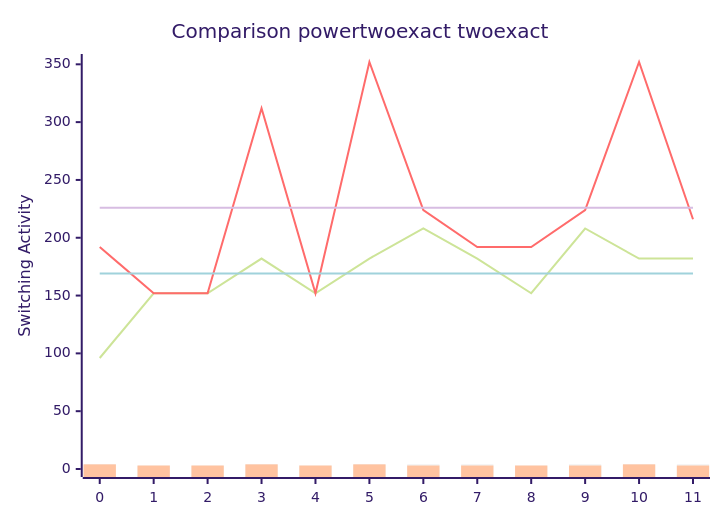
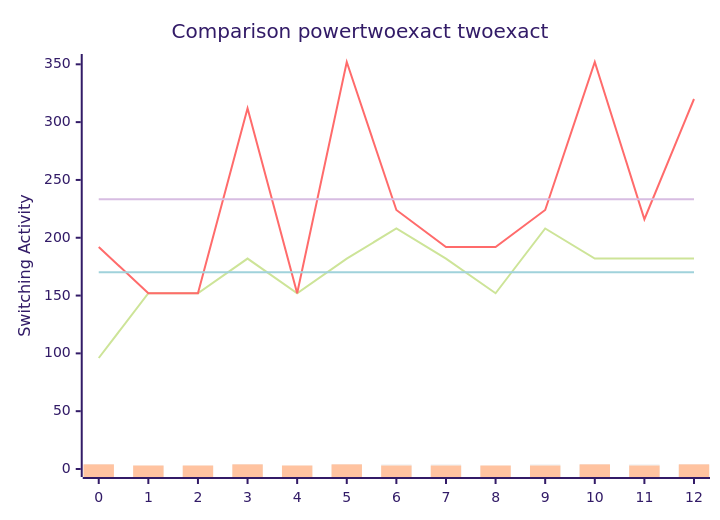
One commit to FeldmeierMichael/Exact-Power-Synthesis changed the diagram in benchmark.md. Above: the diagram before and after it, drawn with Mermaid (forest theme). The commit also changed other lines of this file and 2 other files, not shown here.

````diff
--- a/benchmark.md
+++ b/benchmark.md
@@ -25,12 +27,12 @@
 ```mermaid
 xychart-beta
     title "Comparison powertwoexact twoexact"
-    x-axis [0, 1, 2, 3, 4, 5, 6, 7, 8, 9, 10, 11]
+    x-axis [0, 1, 2, 3, 4, 5, 6, 7, 8, 9, 10, 11, 12]
     y-axis "Switching Activity" 0-->352
-    line [96, 152, 152, 182, 152, 182, 208, 182, 152, 208, 182, 182]
-    line [192, 152, 152, 312, 152, 352, 224, 192, 192, 224, 352, 216]
-    line [169.16666666666666, 169.16666666666666, 169.16666666666666, 169.16666666666666, 169.16666666666666, 169.16666666666666, 169.16666666666666, 169.16666666666666, 169.16666666666666, 169.16666666666666, 169.16666666666666, 169.16666666666666]
-    line [226.0, 226.0, 226.0, 226.0, 226.0, 226.0, 226.0, 226.0, 226.0, 226.0, 226.0, 226.0]
-    bar [4, 3, 3, 4, 3, 4, 4, 4, 3, 4, 4, 4, 4, 3, 3, 4, 3, 4, 4, 4, 3, 4, 4, 4, 4, 3, 3, 4, 3, 4, 4, 4, 3, 4, 4, 4, 4, 3, 3, 4, 3, 4, 4, 4, 3, 4, 4, 4, 4, 3, 3, 4, 3, 4, 4, 4, 3, 4, 4, 4, 4, 3, 3, 4, 3, 4, 4, 4, 3, 4, 4, 4, 4, 3, 3, 4, 3, 4, 4, 4, 3, 4, 4, 4, 4, 3, 3, 4, 3, 4, 4, 4, 3, 4, 4, 4, 4, 3, 3, 4, 3, 4, 4, 4, 3, 4, 4, 4, 4, 3, 3, 4, 3, 4, 4, 4, 3, 4, 4, 4, 4, 3, 3, 4, 3, 4, 4, 4, 3, 4, 4, 4, 4, 3, 3, 4, 3, 4, 4, 4, 3, 4, 4, 4, 4, 3, 3, 4, 3, 4, 4, 4, 3, 4, 4, 4, 4, 3, 3, 4, 3, 4, 4, 4, 3, 4, 4, 4, 4, 3, 3, 4, 3, 4, 4, 4, 3, 4, 4, 4, 4, 3, 3, 4, 3, 4, 4, 4, 3, 4, 4, 4, 4, 3, 3, 4, 3, 4, 4, 4, 3, 4, 4, 4, 4, 3, 3, 4, 3, 4, 4, 4, 3, 4, 4, 4, 4, 3, 3, 4, 3, 4, 4, 4, 3, 4, 4, 4, 4, 3, 3, 4, 3, 4, 4, 4, 3, 4, 4, 4]
-    bar [4, 3, 3, 4, 3, 4, 3, 3, 3, 3, 4, 3, 4, 3, 3, 4, 3, 4, 3, 3, 3, 3, 4, 3, 4, 3, 3, 4, 3, 4, 3, 3, 3, 3, 4, 3, 4, 3, 3, 4, 3, 4, 3, 3, 3, 3, 4, 3, 4, 3, 3, 4, 3, 4, 3, 3, 3, 3, 4, 3, 4, 3, 3, 4, 3, 4, 3, 3, 3, 3, 4, 3, 4, 3, 3, 4, 3, 4, 3, 3, 3, 3, 4, 3, 4, 3, 3, 4, 3, 4, 3, 3, 3, 3, 4, 3, 4, 3, 3, 4, 3, 4, 3, 3, 3, 3, 4, 3, 4, 3, 3, 4, 3, 4, 3, 3, 3, 3, 4, 3, 4, 3, 3, 4, 3, 4, 3, 3, 3, 3, 4, 3, 4, 3, 3, 4, 3, 4, 3, 3, 3, 3, 4, 3, 4, 3, 3, 4, 3, 4, 3, 3, 3, 3, 4, 3, 4, 3, 3, 4, 3, 4, 3, 3, 3, 3, 4, 3, 4, 3, 3, 4, 3, 4, 3, 3, 3, 3, 4, 3, 4, 3, 3, 4, 3, 4, 3, 3, 3, 3, 4, 3, 4, 3, 3, 4, 3, 4, 3, 3, 3, 3, 4, 3, 4, 3, 3, 4, 3, 4, 3, 3, 3, 3, 4, 3, 4, 3, 3, 4, 3, 4, 3, 3, 3, 3, 4, 3, 4, 3, 3, 4, 3, 4, 3, 3, 3, 3, 4, 3]
+    line [96, 152, 152, 182, 152, 182, 208, 182, 152, 208, 182, 182, 182]
+    line [192, 152, 152, 312, 152, 352, 224, 192, 192, 224, 352, 216, 320]
+    line [170.15384615384616, 170.15384615384616, 170.15384615384616, 170.15384615384616, 170.15384615384616, 170.15384615384616, 170.15384615384616, 170.15384615384616, 170.15384615384616, 170.15384615384616, 170.15384615384616, 170.15384615384616, 170.15384615384616]
+    line [233.23076923076923, 233.23076923076923, 233.23076923076923, 233.23076923076923, 233.23076923076923, 233.23076923076923, 233.23076923076923, 233.23076923076923, 233.23076923076923, 233.23076923076923, 233.23076923076923, 233.23076923076923, 233.23076923076923]
+    bar [4, 3, 3, 4, 3, 4, 4, 4, 3, 4, 4, 4, 4, 4, 3, 3, 4, 3, 4, 4, 4, 3, 4, 4, 4, 4, 4, 3, 3, 4, 3, 4, 4, 4, 3, 4, 4, 4, 4, 4, 3, 3, 4, 3, 4, 4, 4, 3, 4, 4, 4, 4, 4, 3, 3, 4, 3, 4, 4, 4, 3, 4, 4, 4, 4, 4, 3, 3, 4, 3, 4, 4, 4, 3, 4, 4, 4, 4, 4, 3, 3, 4, 3, 4, 4, 4, 3, 4, 4, 4, 4, 4, 3, 3, 4, 3, 4, 4, 4, 3, 4, 4, 4, 4, 4, 3, 3, 4, 3, 4, 4, 4, 3, 4, 4, 4, 4, 4, 3, 3, 4, 3, 4, 4, 4, 3, 4, 4, 4, 4, 4, 3, 3, 4, 3, 4, 4, 4, 3, 4, 4, 4, 4, 4, 3, 3, 4, 3, 4, 4, 4, 3, 4, 4, 4, 4, 4, 3, 3, 4, 3, 4, 4, 4, 3, 4, 4, 4, 4, 4, 3, 3, 4, 3, 4, 4, 4, 3, 4, 4, 4, 4, 4, 3, 3, 4, 3, 4, 4, 4, 3, 4, 4, 4, 4, 4, 3, 3, 4, 3, 4, 4, 4, 3, 4, 4, 4, 4, 4, 3, 3, 4, 3, 4, 4, 4, 3, 4, 4, 4, 4, 4, 3, 3, 4, 3, 4, 4, 4, 3, 4, 4, 4, 4, 4, 3, 3, 4, 3, 4, 4, 4, 3, 4, 4, 4, 4, 4, 3, 3, 4, 3, 4, 4, 4, 3, 4, 4, 4, 4]
+    bar [4, 3, 3, 4, 3, 4, 3, 3, 3, 3, 4, 3, 4, 4, 3, 3, 4, 3, 4, 3, 3, 3, 3, 4, 3, 4, 4, 3, 3, 4, 3, 4, 3, 3, 3, 3, 4, 3, 4, 4, 3, 3, 4, 3, 4, 3, 3, 3, 3, 4, 3, 4, 4, 3, 3, 4, 3, 4, 3, 3, 3, 3, 4, 3, 4, 4, 3, 3, 4, 3, 4, 3, 3, 3, 3, 4, 3, 4, 4, 3, 3, 4, 3, 4, 3, 3, 3, 3, 4, 3, 4, 4, 3, 3, 4, 3, 4, 3, 3, 3, 3, 4, 3, 4, 4, 3, 3, 4, 3, 4, 3, 3, 3, 3, 4, 3, 4, 4, 3, 3, 4, 3, 4, 3, 3, 3, 3, 4, 3, 4, 4, 3, 3, 4, 3, 4, 3, 3, 3, 3, 4, 3, 4, 4, 3, 3, 4, 3, 4, 3, 3, 3, 3, 4, 3, 4, 4, 3, 3, 4, 3, 4, 3, 3, 3, 3, 4, 3, 4, 4, 3, 3, 4, 3, 4, 3, 3, 3, 3, 4, 3, 4, 4, 3, 3, 4, 3, 4, 3, 3, 3, 3, 4, 3, 4, 4, 3, 3, 4, 3, 4, 3, 3, 3, 3, 4, 3, 4, 4, 3, 3, 4, 3, 4, 3, 3, 3, 3, 4, 3, 4, 4, 3, 3, 4, 3, 4, 3, 3, 3, 3, 4, 3, 4, 4, 3, 3, 4, 3, 4, 3, 3, 3, 3, 4, 3, 4, 4, 3, 3, 4, 3, 4, 3, 3, 3, 3, 4, 3, 4]
 ```
````
